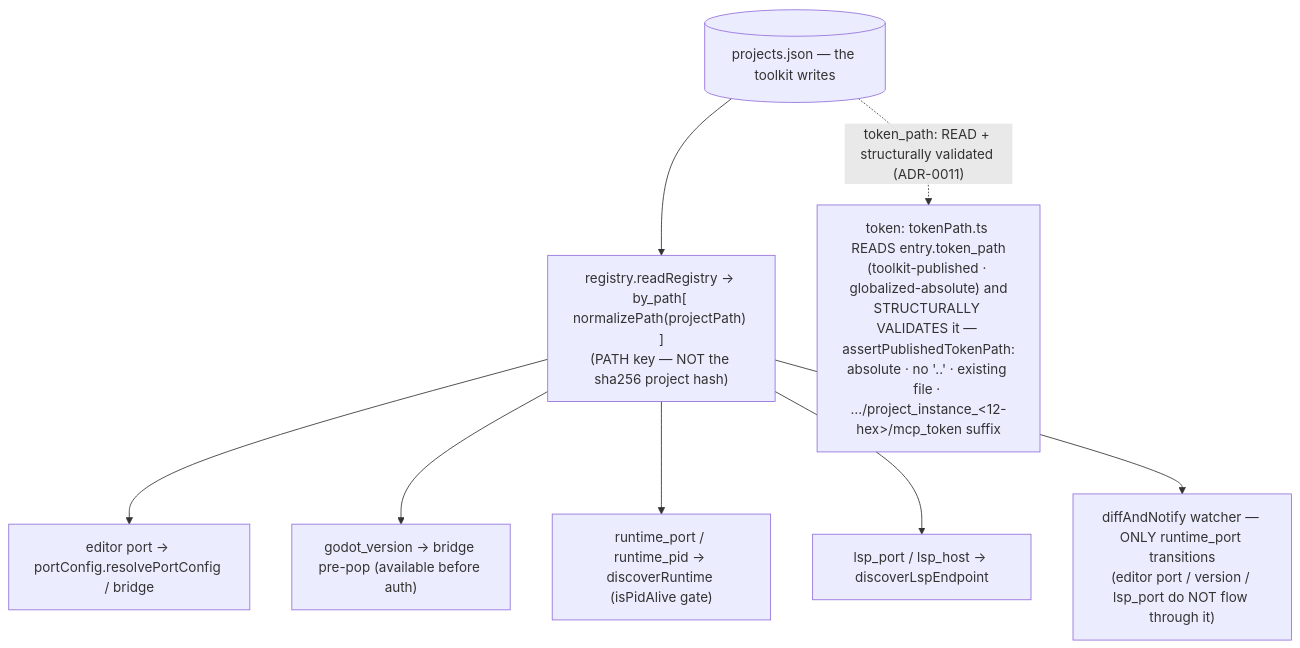
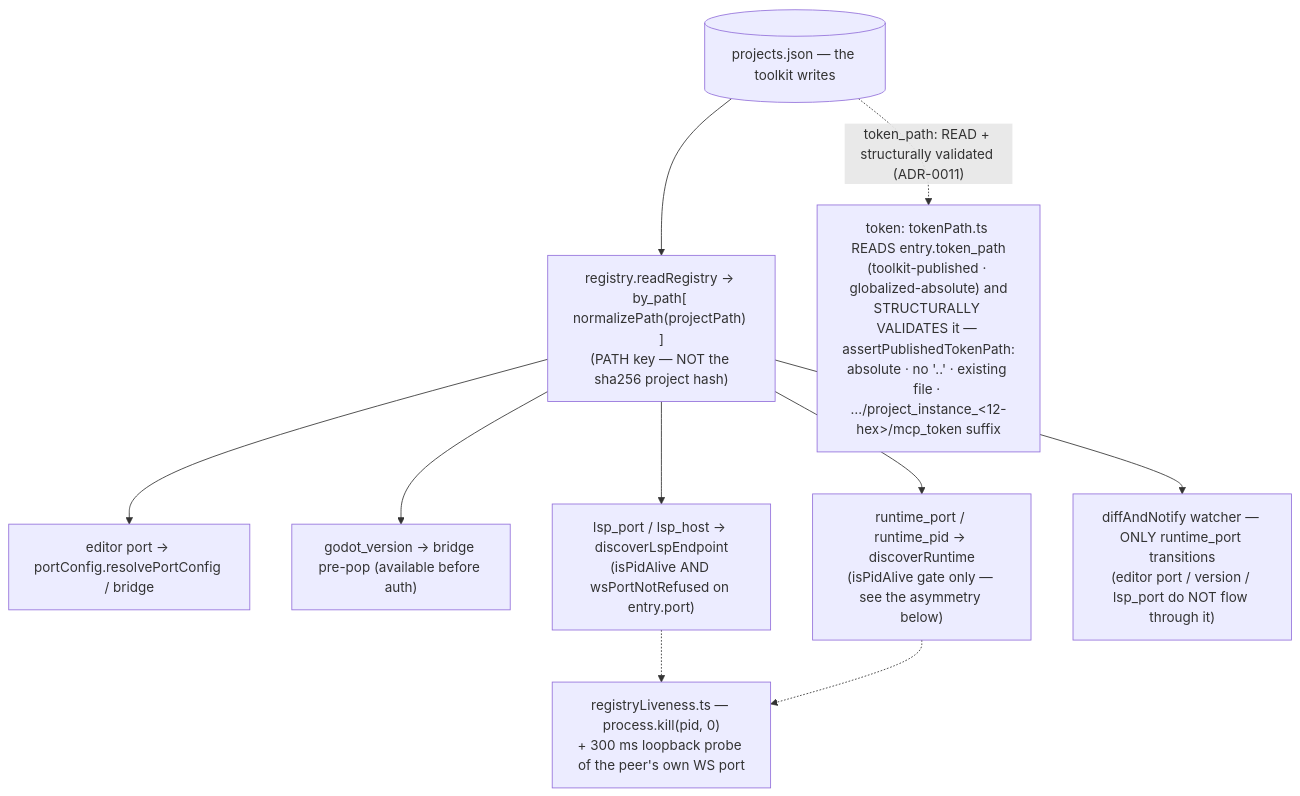
One commit to NPGameDev/godot-mcp-server changed diagram 11 of 13 in docs/architecture/README.md. Above: the diagram before and after it, drawn with Mermaid. The commit also changed other lines of this file and 35 other files, not shown here.

````diff
--- a/docs/architecture/README.md
+++ b/docs/architecture/README.md
@@ -598,11 +621,13 @@
 ```mermaid
 flowchart TD
     pj[("projects.json — the toolkit writes")] --> read["registry.readRegistry → by_path[ normalizePath(projectPath) ]<br/>(PATH key — NOT the sha256 project hash)"]
     read --> port["editor port → portConfig.resolvePortConfig / bridge"]
     read --> ver["godot_version → bridge pre-pop (available before auth)"]
-    read --> rport["runtime_port / runtime_pid → discoverRuntime (isPidAlive gate)"]
-    read --> lsp["lsp_port / lsp_host → discoverLspEndpoint"]
+    read --> rport["runtime_port / runtime_pid → discoverRuntime<br/>(isPidAlive gate only — see the asymmetry below)"]
+    read --> lsp["lsp_port / lsp_host → discoverLspEndpoint<br/>(isPidAlive AND wsPortNotRefused on entry.port)"]
     read --> watch["diffAndNotify watcher — ONLY runtime_port transitions<br/>(editor port / version / lsp_port do NOT flow through it)"]
+    lsp -.-> live["registryLiveness.ts — process.kill(pid, 0)<br/>+ 300 ms loopback probe of the peer's own WS port"]
+    rport -.-> live
     tok["token: tokenPath.ts READS entry.token_path<br/>(toolkit-published · globalized-absolute) and<br/>STRUCTURALLY VALIDATES it — assertPublishedTokenPath:<br/>absolute · no '..' · existing file · …/project_instance_&lt;12-hex&gt;/mcp_token suffix"]
     pj -. "token_path: READ + structurally validated (ADR-0011)" .-> tok
 ```
````
